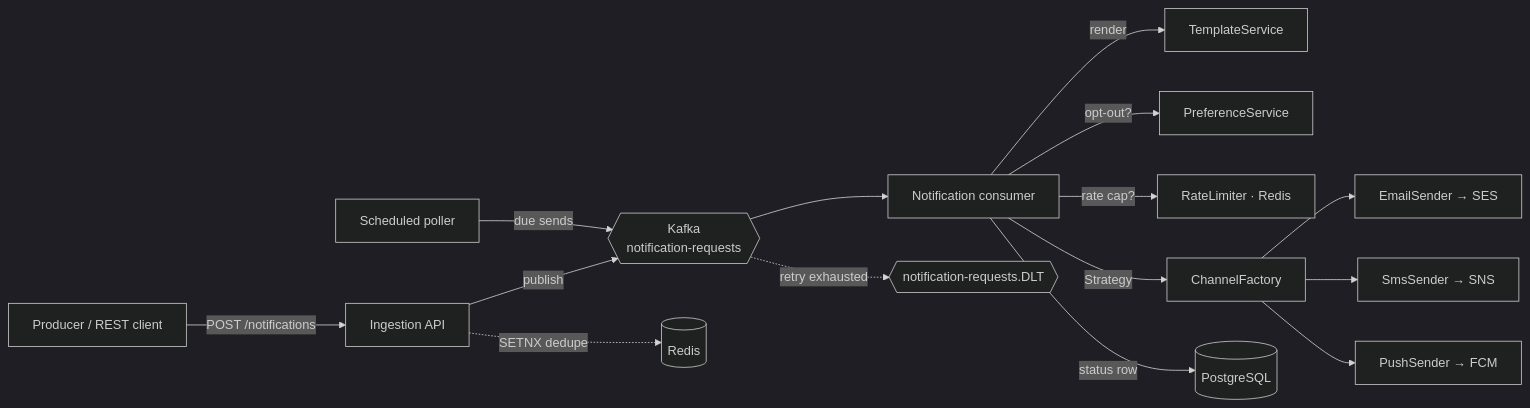
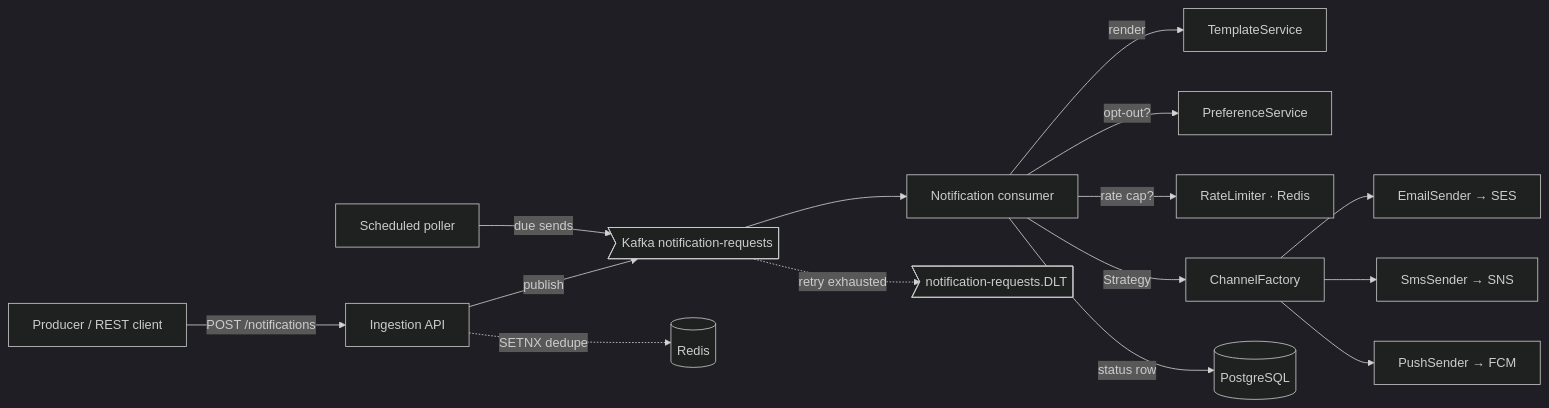
The diagram in README.md (guptaumang769/notification-system), drawn with Mermaid (dark theme) before and after one commit. The commit also changed 1 other file, not shown here.

Commit message:
fix: unable to render mermaid diagram

````diff
--- a/README.md
+++ b/README.md
@@ -36,17 +36,17 @@
 ```mermaid
 flowchart LR
     P[Producer / REST client] -->|POST /notifications| API[Ingestion API]
-    API -->|publish| K{{"Kafka<br/>notification-requests"}}
+    API -->|publish| K>Kafka notification-requests]
     API -.->|SETNX dedupe| R[(Redis)]
     K --> C[Notification consumer]
     C -->|render| T[TemplateService]
     C -->|opt-out?| Pref[PreferenceService]
     C -->|rate cap?| RL[RateLimiter · Redis]
     C -->|Strategy| CF[ChannelFactory]
     CF --> E[EmailSender → SES]
     CF --> S[SmsSender → SNS]
     CF --> Pu[PushSender → FCM]
     C -->|status row| DB[(PostgreSQL)]
-    K -.retry exhausted.-> DLT{{"notification-requests.DLT"}}
+    K -.retry exhausted.-> DLT>notification-requests.DLT]
     Sched[Scheduled poller] -->|due sends| K
 ```
````
